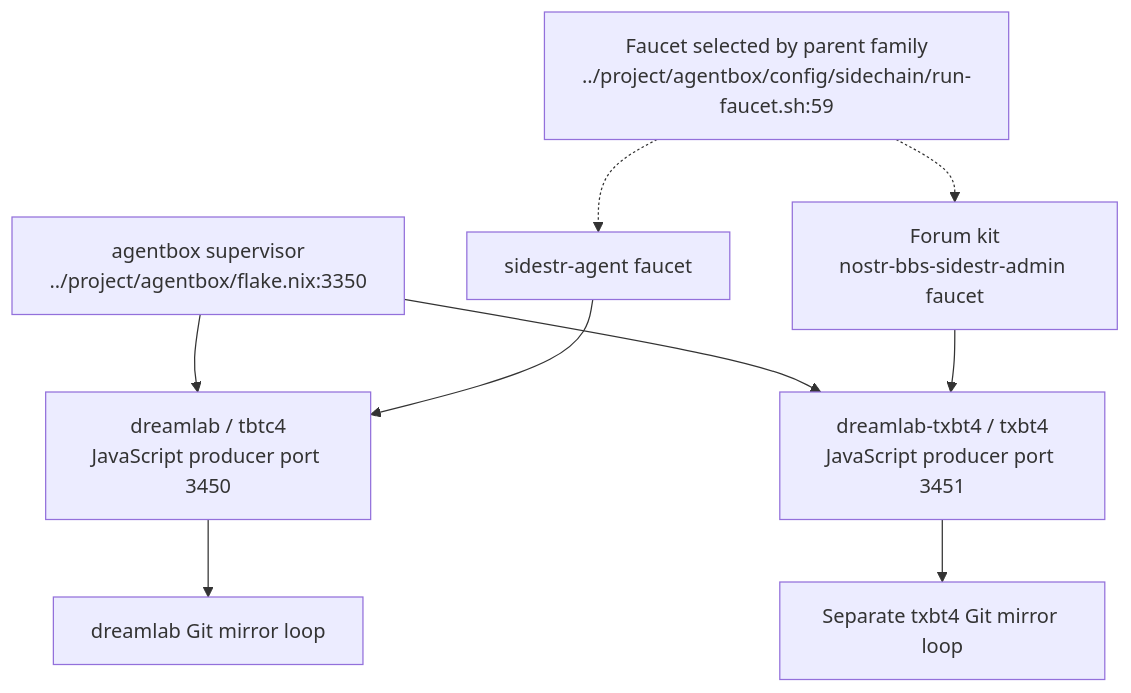
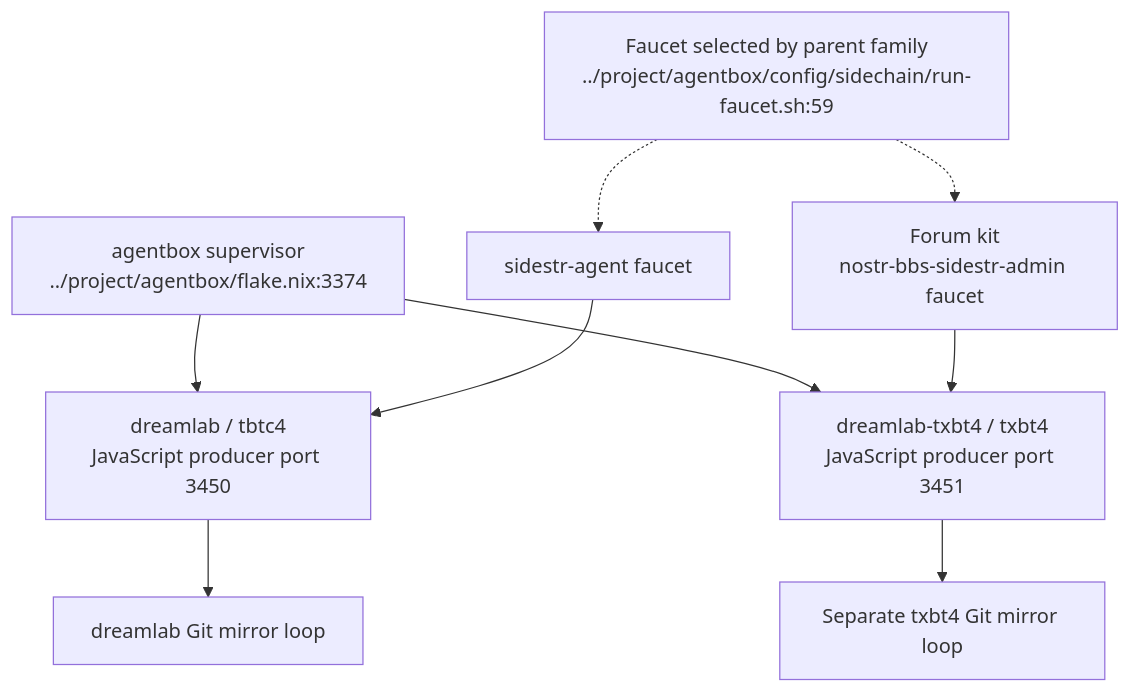
The fourth of 4 diagrams in docs/diagrams/sidestr-rs/01-workspace-oracles-and-live-boundary.md (DreamLab-AI/VisionFlow), drawn with Mermaid before and after one commit. The commit also changed other lines of this file and 4 other files, not shown here.

First line of the commit message:
diagrams(sidestr-rs): re-verify SR-01..05 at the pinned heads and add the teller

````diff
--- a/docs/diagrams/sidestr-rs/01-workspace-oracles-and-live-boundary.md
+++ b/docs/diagrams/sidestr-rs/01-workspace-oracles-and-live-boundary.md
@@ -133,12 +133,12 @@
 ```mermaid
 flowchart TB
-    AB["agentbox supervisor<br/>../project/agentbox/flake.nix:3350"]
+    AB["agentbox supervisor<br/>../project/agentbox/flake.nix:3374"]
     AB --> P1["dreamlab / tbtc4<br/>JavaScript producer port 3450"]
     AB --> P2["dreamlab-txbt4 / txbt4<br/>JavaScript producer port 3451"]
     F1["sidestr-agent faucet"] --> P1
     F2["Forum kit<br/>nostr-bbs-sidestr-admin faucet"] --> P2
     P1 --> M1["dreamlab Git mirror loop"]
     P2 --> M2["Separate txbt4 Git mirror loop"]
     ROUTE["Faucet selected by parent family<br/>../project/agentbox/config/sidechain/run-faucet.sh:59"] -.-> F1
     ROUTE -.-> F2
 ```
````
